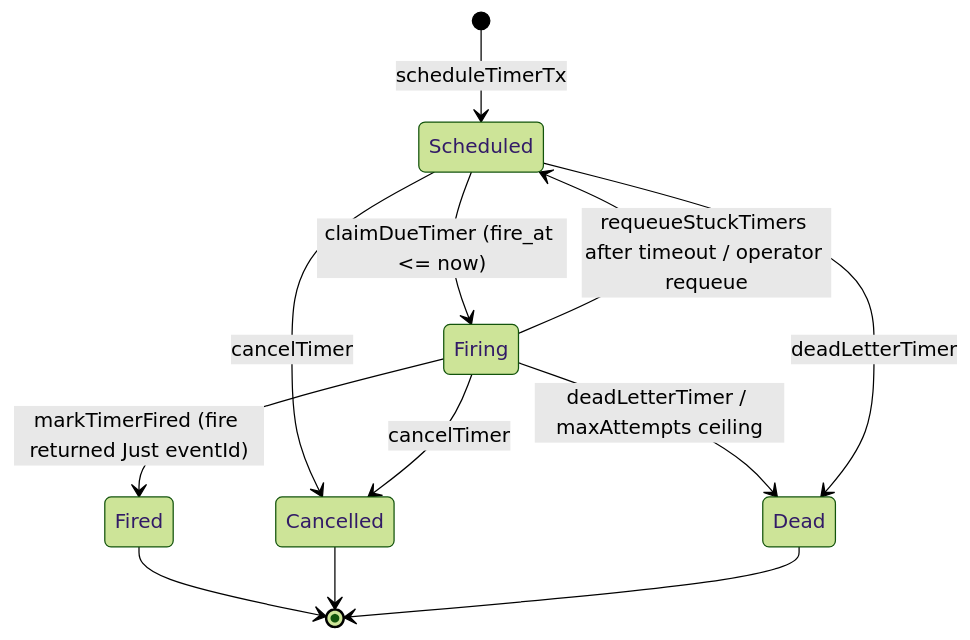
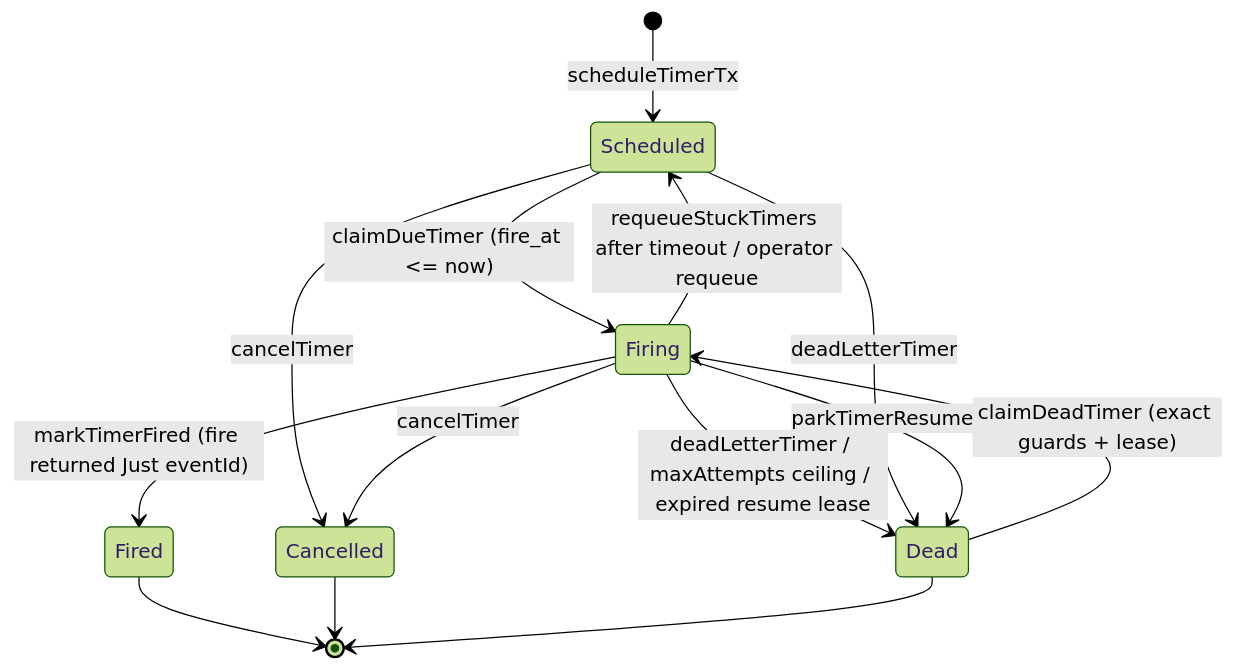
The diagram in content/docs/keiro/explanation/durable-timers.mdx (shinzui/keiro-runtime-docs), drawn with Mermaid (forest theme) before and after one commit. The commit also changed other lines of this file and 51 other files, not shown here.

````diff
--- a/content/docs/keiro/explanation/durable-timers.mdx
+++ b/content/docs/keiro/explanation/durable-timers.mdx
@@ -39,14 +39,16 @@
 ```mermaid
 stateDiagram-v2
   [*] --> Scheduled: scheduleTimerTx
   Scheduled --> Firing: claimDueTimer (fire_at <= now)
   Firing --> Fired: markTimerFired (fire returned Just eventId)
   Firing --> Scheduled: requeueStuckTimers after timeout / operator requeue
   Scheduled --> Cancelled: cancelTimer
   Firing --> Cancelled: cancelTimer
-  Firing --> Dead: deadLetterTimer / maxAttempts ceiling
+  Firing --> Dead: deadLetterTimer / maxAttempts ceiling / expired resume lease
   Scheduled --> Dead: deadLetterTimer
+  Dead --> Firing: claimDeadTimer (exact guards + lease)
+  Firing --> Dead: parkTimerResume
   Fired --> [*]
   Cancelled --> [*]
   Dead --> [*]
 ```
````
